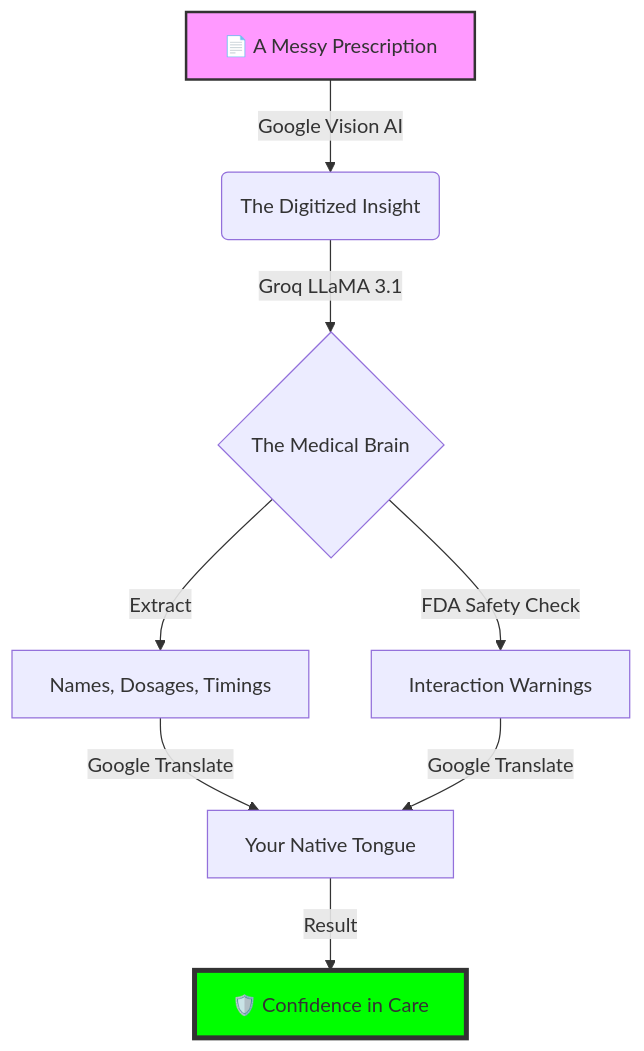
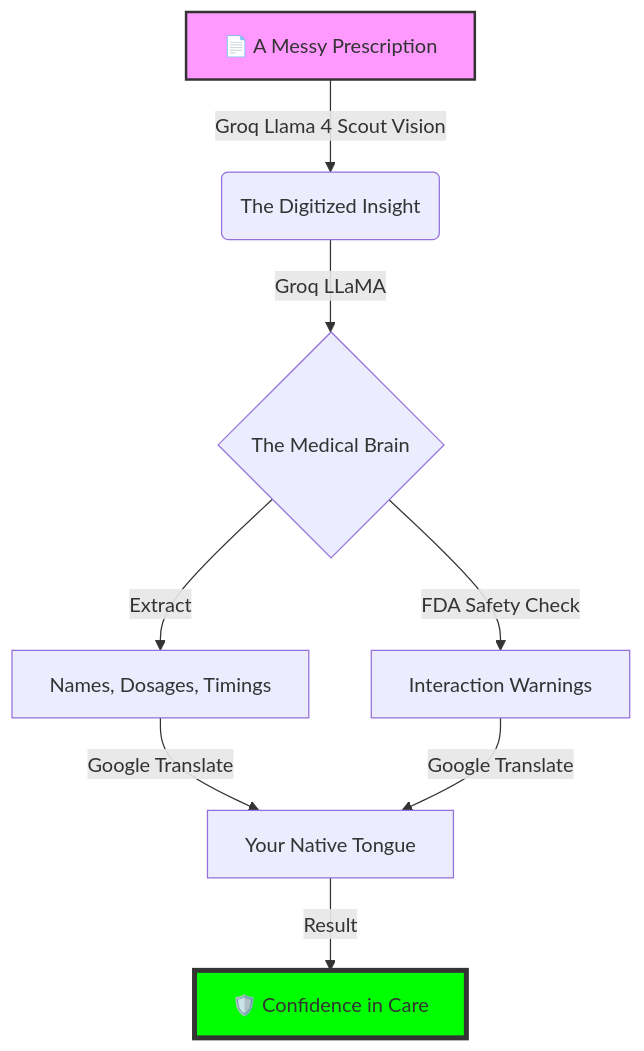
Before and after one commit to MSAbhishek22/MedBridge: the diagram in README.md, drawn with Mermaid. The commit also changed other lines of this file, not shown here.

````diff
--- a/README.md
+++ b/README.md
@@ -24,12 +24,12 @@
 ```mermaid
 graph TD
-    A[📄 A Messy Prescription] -->|Google Vision AI| B(The Digitized Insight)
-    B -->|Groq LLaMA 3.1| C{The Medical Brain}
+    A[📄 A Messy Prescription] -->|Groq Llama 4 Scout Vision| B(The Digitized Insight)
+    B -->|Groq LLaMA| C{The Medical Brain}
     C -->|Extract| D[Names, Dosages, Timings]
     C -->|FDA Safety Check| E[Interaction Warnings]
     D & E -->|Google Translate| F[Your Native Tongue]
     F -->|Result| G[🛡️ Confidence in Care]
     
     style A fill:#f9f,stroke:#333,stroke-width:2px
     style G fill:#00ff00,stroke:#333,stroke-width:4px
 ```
````
